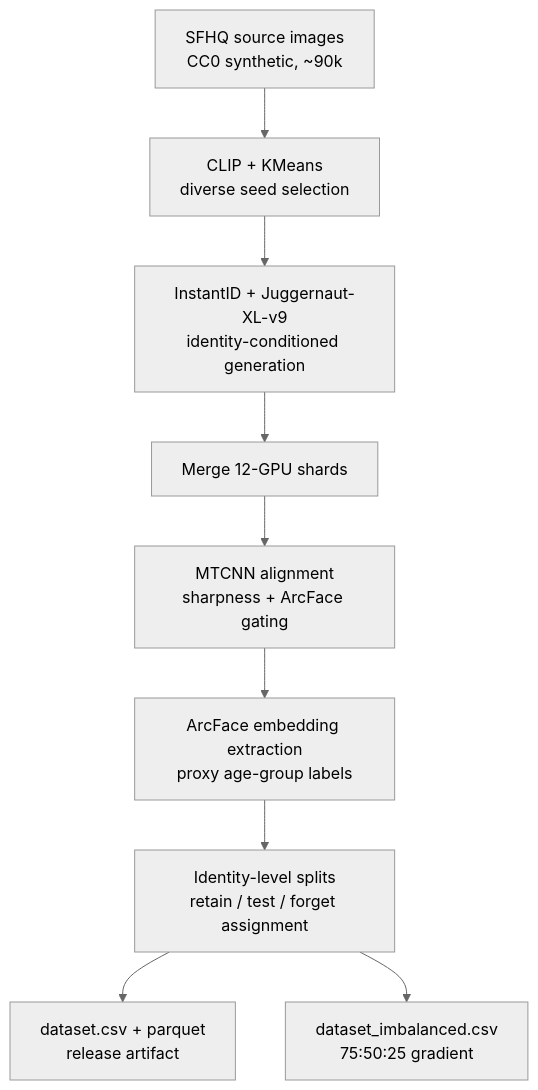
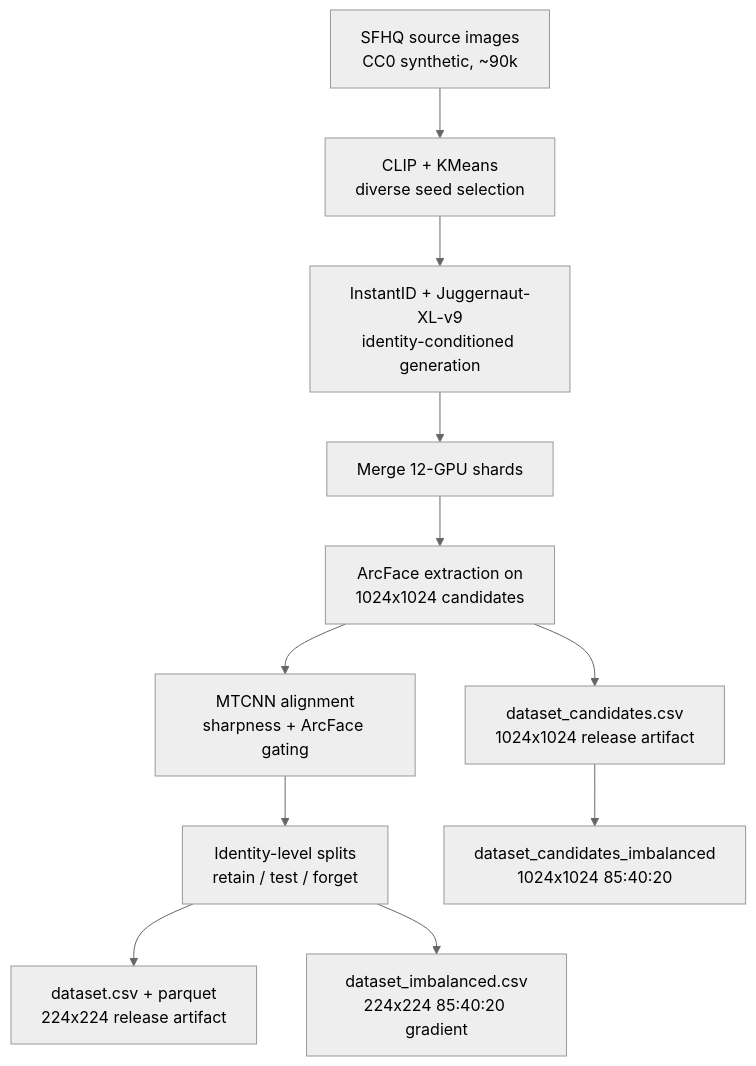
Before and after one commit to FaizPalwala/virtual-id-gen: the diagram in README.md, drawn with Mermaid (neutral theme). The commit also changed other lines of this file, not shown here.

First line of the commit message:
docs: README sweep — structural change, candidates artifacts, release summary

````diff
--- a/README.md
+++ b/README.md
@@ -57,11 +58,13 @@
 ```mermaid
 flowchart TD
     A[SFHQ source images<br/>CC0 synthetic, ~90k] --> B[CLIP + KMeans<br/>diverse seed selection]
     B --> C[InstantID + Juggernaut-XL-v9<br/>identity-conditioned generation]
     C --> D[Merge 12-GPU shards]
-    D --> E[MTCNN alignment<br/>sharpness + ArcFace gating]
-    E --> F[ArcFace embedding extraction<br/>proxy age-group labels]
-    F --> G[Identity-level splits<br/>retain / test / forget assignment]
-    G --> H[dataset.csv + parquet<br/>release artifact]
-    G --> I[dataset_imbalanced.csv<br/>75:50:25 gradient]
+    D --> E[ArcFace extraction on<br/>1024x1024 candidates]
+    E --> F[MTCNN alignment<br/>sharpness + ArcFace gating]
+    F --> G[Identity-level splits<br/>retain / test / forget]
+    G --> H[dataset.csv + parquet<br/>224x224 release artifact]
+    G --> I[dataset_imbalanced.csv<br/>224x224 85:40:20 gradient]
+    E --> J[dataset_candidates.csv<br/>1024x1024 release artifact]
+    J --> K[dataset_candidates_imbalanced<br/>1024x1024 85:40:20]
 ```
````
